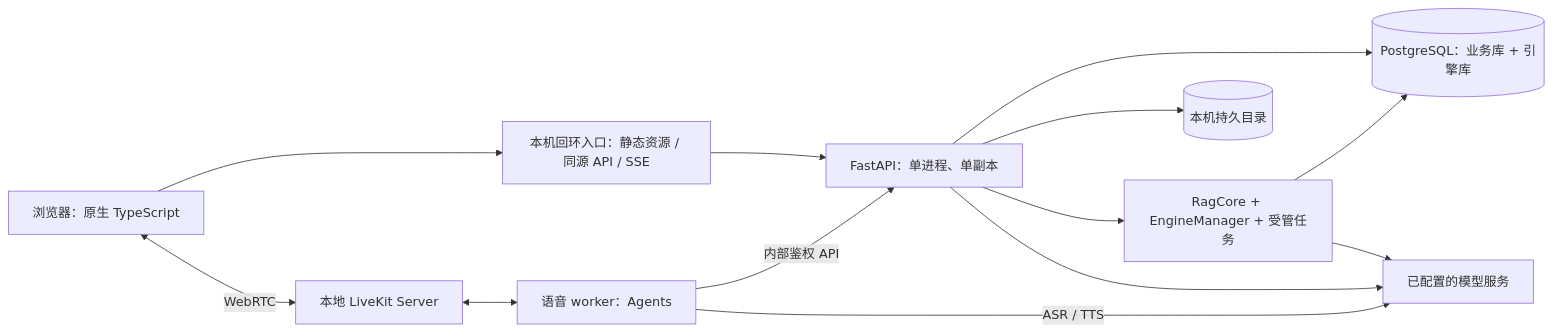
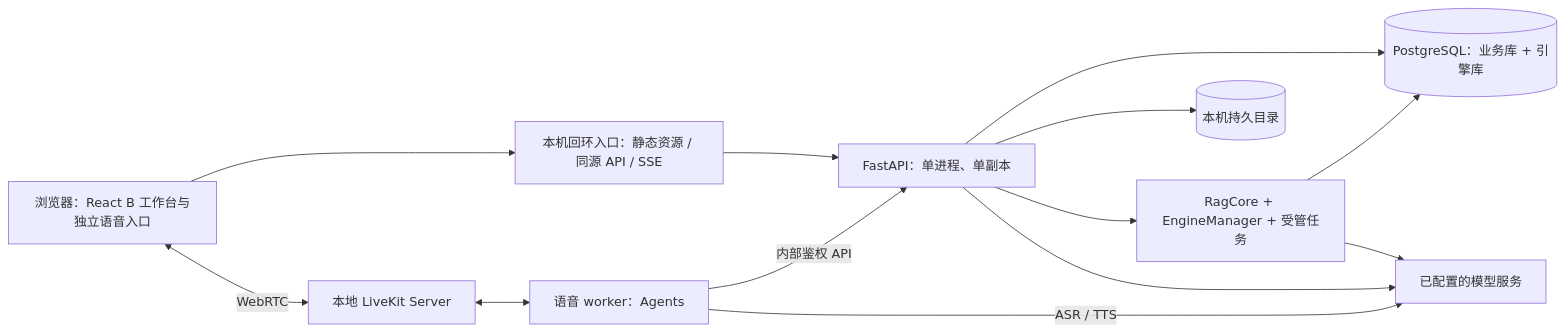
One commit to JX05120LLL/CiteRAG changed the diagram in docs/多模态知识助手_技术选型与架构设计_v0.1.md. Above: the diagram before and after it, drawn with Mermaid. The commit also changed other lines of this file and 151 other files, not shown here.

````diff
--- a/docs/多模态知识助手_技术选型与架构设计_v0.1.md
+++ b/docs/多模态知识助手_技术选型与架构设计_v0.1.md
@@ -79,24 +79,24 @@
 ```mermaid
 flowchart LR
-    B["浏览器：原生 TypeScript"]
+    B["浏览器：React B 工作台与独立语音入口"]
     N["本机回环入口：静态资源 / 同源 API / SSE"]
     A["FastAPI：单进程、单副本"]
     R["RagCore + EngineManager + 受管任务"]
     P[("PostgreSQL：业务库 + 引擎库")]
     F[("本机持久目录")]
     L["本地 LiveKit Server"]
     V["语音 worker：Agents"]
     M["已配置的模型服务"]
 
     B --> N --> A
     A --> R
     A --> P
     R --> P
     A --> F
     R --> M
     A --> M
     B <-->|WebRTC| L
     L <--> V
     V -->|内部鉴权 API| A
     V -->|ASR / TTS| M
 ```
````
